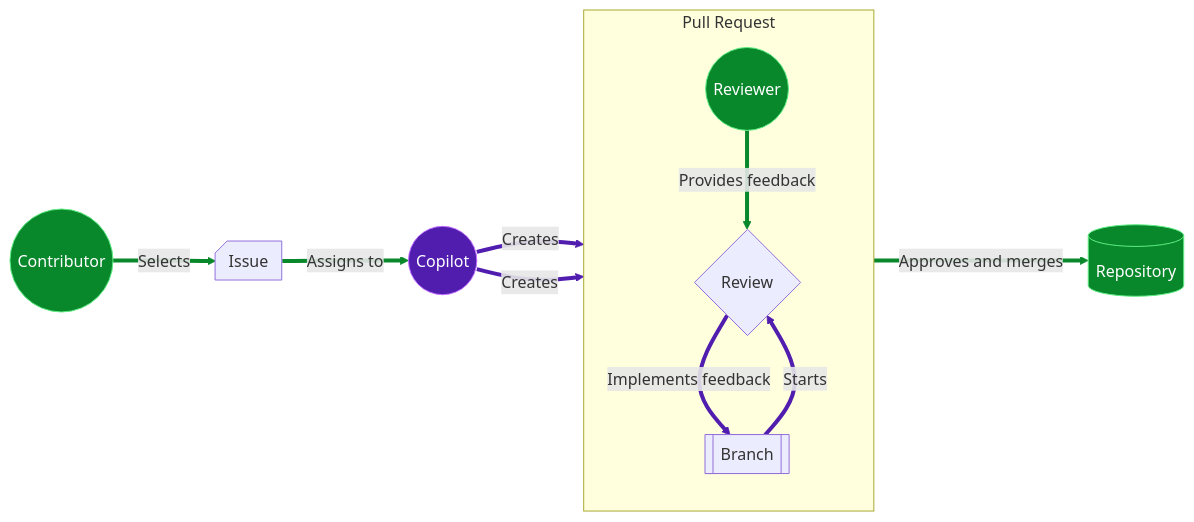
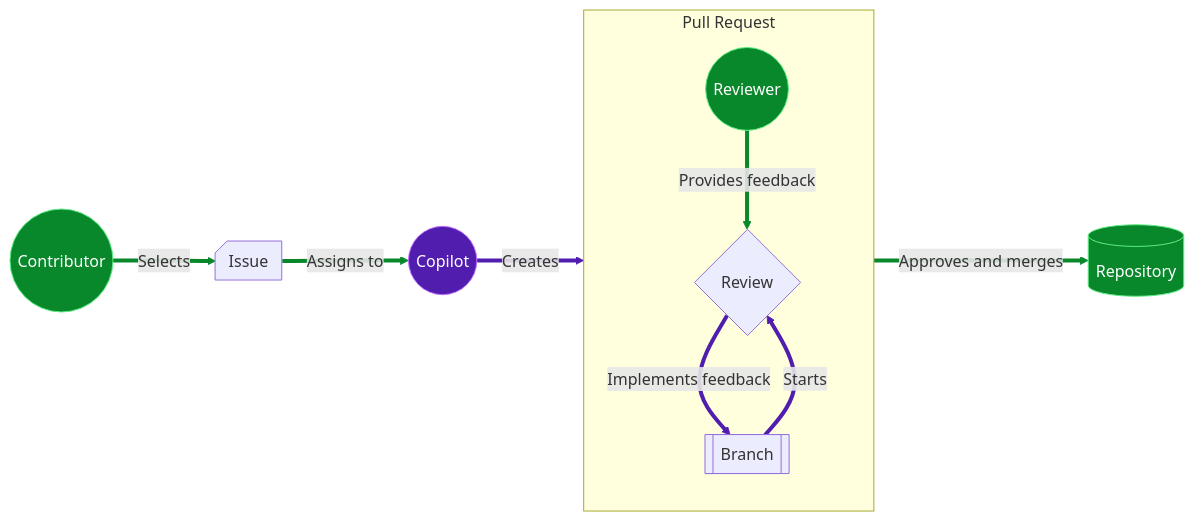
One commit to skills/expand-your-team-with-copilot changed the diagram in .github/steps/1-assign.md. Above: the diagram before and after it, drawn with Mermaid. The commit also changed other lines of this file and 1 other file, not shown here.

````diff
--- a/.github/steps/1-assign.md
+++ b/.github/steps/1-assign.md
@@ -39,53 +38,52 @@
 ```mermaid
 flowchart LR
 
     contributor((Contributor))
     copilot((Copilot))
     reviewer((Reviewer))
 
     issue@{ shape: notch-rect, label: "Issue" }
     repo@{ shape: cyl, label: "Repository" }
     branch@{ shape: subproc, label: "Branch" }
     review@{ shape: diamond, label: "Review" }
 
 
     subgraph PR[Pull Request]
         direction TB
         branch
         review
         reviewer
     end
 
 
     %% Assign
     contributor gl1@-->|Selects| issue
     issue gl2@-->|Assigns to| copilot
 
     %% Work
     copilot pl1@-->|Creates| branch
-    copilot pl2@-->|Creates| PR
     branch pl3@-->|Starts| review
 
     %% Review
     reviewer gl3@-->|Provides feedback| review
     review pl4@--> |Implements feedback| branch
 
     %% Approved
     review gl4@-->|Approves and merges| repo
 
 
     classDef users fill:#08872B,stroke:#5FED83,color:#fff
     classDef repo fill:#08872B,stroke:#5FED83,color:#fff
     classDef agent fill:#501DAF,stroke:#C06EFF,color:#fff
     classDef pr fill:#0969DA,stroke:#0349B4,color:#fff
 
     classDef green-line stroke:#08872B, stroke-width:4px;
     classDef purple-line stroke:#501DAF, stroke-width:4px;
 
     class contributor,reviewer users
     class copilot agent
     class repo repo
 
     class gl1,gl2,gl3,gl4 green-line
     class pl1,pl2,pl3,pl4 purple-line
 ```
````
